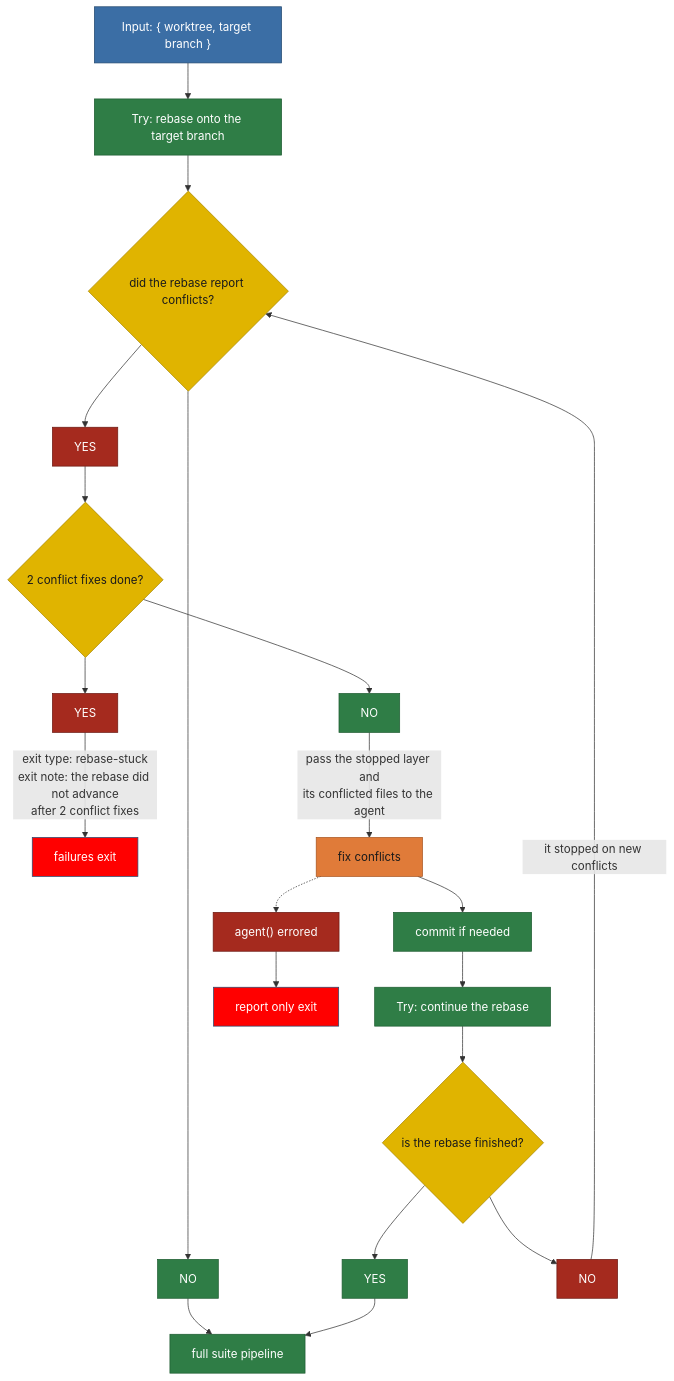
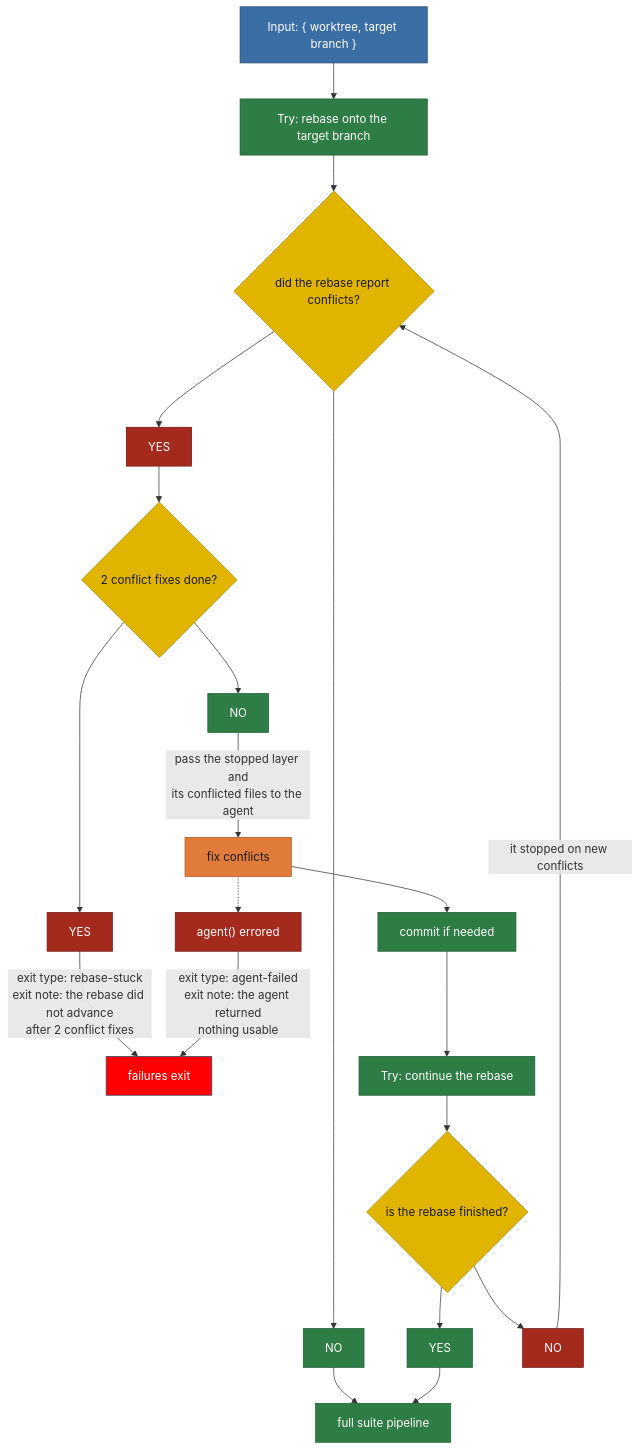
One commit to matkatmusic/taskTools changed the diagram in plans/diagram/pipeline-rebase.mmd. Above: the diagram before and after it, drawn with Mermaid. The commit also changed 6 other files, not shown here.

Commit message:
more pipeline diagram updates

```diff
--- a/plans/diagram/pipeline-rebase.mmd
+++ b/plans/diagram/pipeline-rebase.mmd
@@ -1,69 +1,70 @@
 flowchart TB
 %% REBASE PIPELINE. Split from pipeline-rebaseMerge.mmd.
 %% Input: a finished implementation, with the source repo lock already held by
 %% the rebase preamble pipeline.
 %% One job: get the task's commits sitting on top of the target branch.
 %% Starts at "rebase onto the target branch". Ends rebased, or with an exit.
 %% Rules that apply everywhere, not steps:
 %%   1. Every git interaction goes through a script. Never prose.
 %%   2. A repair is never replayed until it is committed, so the conflict cycle
 %%      always runs fix -> commit -> continue, never fix -> continue.
 %%   3. "commit if needed" commits nothing when the worktree is clean.
 %%   4. Every box that touches the working tree operates on every repository
 %%      layer, deepest submodule first, root last.
 %%   5. The source repo lock is already held and stays held until the exit
 %%      workflow releases it. Every box here refreshes its heartbeat.
 %%   6. A script that fails operationally, as opposed to returning a verdict,
 %%      exits the run as run-failed. The task is already active and a worktree
 %%      already exists here, so the exit workflow always runs in full.
 %% Exit types this pipeline can produce:
+%%   agent-failed       - an agent returned nothing usable
 %%   rebase-stuck       - the rebase did not advance after 2 conflict fixes
 %%   run-failed         - a script failed operationally
 %% run-failed is deliberately not drawn as an edge out of every box. It can leave
 %% ANY green box, so drawing it would add one edge per box and hide the flow.
 %% The rebased worktree this pipeline emits is the input to the full suite
 %% pipeline. The merge pipeline re-enters here when a merge does not land.
 
   SOURCE_REPO_LOCKED_INPUT["Input: { worktree, target branch }"] --> REBASE_ONTO_TARGET_BRANCH
   REBASE_ONTO_TARGET_BRANCH["Try: rebase onto the target branch"] --> DID_REBASE_REPORT_CONFLICTS{"did the rebase report conflicts?"}
   DID_REBASE_REPORT_CONFLICTS --> DID_REBASE_REPORT_CONFLICTS_YES["YES"]
   DID_REBASE_REPORT_CONFLICTS --> DID_REBASE_REPORT_CONFLICTS_NO["NO"]
 
   DID_REBASE_REPORT_CONFLICTS_YES --> ARE_2_CONFLICT_FIXES_DONE{"2 conflict fixes done?"}
   ARE_2_CONFLICT_FIXES_DONE --> ARE_2_CONFLICT_FIXES_DONE_NO["NO"]
   ARE_2_CONFLICT_FIXES_DONE --> ARE_2_CONFLICT_FIXES_DONE_YES["YES"]
   ARE_2_CONFLICT_FIXES_DONE_YES -- "exit type: rebase-stuck<br/>exit note: the rebase did not advance<br/>after 2 conflict fixes" --> EXIT_WORKFLOW
   ARE_2_CONFLICT_FIXES_DONE_NO -- "pass the stopped layer and<br/>its conflicted files to the agent" --> FIX_CONFLICTS["fix conflicts"]
   FIX_CONFLICTS --> COMMIT_IF_NEEDED["commit if needed"]
   COMMIT_IF_NEEDED --> CONTINUE_REBASE["Try: continue the rebase"]
   CONTINUE_REBASE --> IS_REBASE_FINISHED{"is the rebase finished?"}
   IS_REBASE_FINISHED --> IS_REBASE_FINISHED_YES["YES"]
   IS_REBASE_FINISHED --> IS_REBASE_FINISHED_NO["NO"]
   IS_REBASE_FINISHED_NO -- "it stopped on new conflicts" --> DID_REBASE_REPORT_CONFLICTS
 
   DID_REBASE_REPORT_CONFLICTS_NO --> SUITE_PIPELINE
   IS_REBASE_FINISHED_YES --> SUITE_PIPELINE["full suite pipeline"]
 
-  FIX_CONFLICTS -.-> AGENT_ERRORED["agent() errored"] --> REPORT_ONLY_EXIT["report only exit"]
+  FIX_CONFLICTS -.-> AGENT_ERRORED["agent() errored"] -- "exit type: agent-failed<br/>exit note: the agent returned<br/>nothing usable" --> EXIT_WORKFLOW
 
   EXIT_WORKFLOW["failures exit"]
 
   %% pass/nopass: green is the branch that keeps heading for the next pipeline,
   %% red is the branch that goes back round the conflict cycle.
   classDef pipeline fill:#2f7d46,stroke:#1e5c31,color:#ffffff
   classDef script fill:#2f7d46,stroke:#1e5c31,color:#ffffff
   classDef agent fill:#e07b39,stroke:#a8541f,color:#1a1a1a
   classDef decision fill:#e0b400,stroke:#a88600,color:#1a1a1a
   classDef output fill:#3b6ea5,stroke:#254a70,color:#ffffff
   classDef fail fill:red,stroke:#254a70,color:#ffffff
   classDef pass fill:#2f7d46,stroke:#1e5c31,color:#ffffff
   classDef nopass fill:#a52a1e,stroke:#6d1a12,color:#ffffff
   class AGENT_ERRORED nopass
-  class EXIT_WORKFLOW,REPORT_ONLY_EXIT fail
+  class EXIT_WORKFLOW fail
   class DID_REBASE_REPORT_CONFLICTS,IS_REBASE_FINISHED,ARE_2_CONFLICT_FIXES_DONE decision
   class REBASE_ONTO_TARGET_BRANCH,COMMIT_IF_NEEDED,CONTINUE_REBASE script
   class FIX_CONFLICTS agent
   class SUITE_PIPELINE pipeline
   class DID_REBASE_REPORT_CONFLICTS_NO,IS_REBASE_FINISHED_YES,ARE_2_CONFLICT_FIXES_DONE_NO pass
   class DID_REBASE_REPORT_CONFLICTS_YES,IS_REBASE_FINISHED_NO,ARE_2_CONFLICT_FIXES_DONE_YES nopass
   class SOURCE_REPO_LOCKED_INPUT output
```
